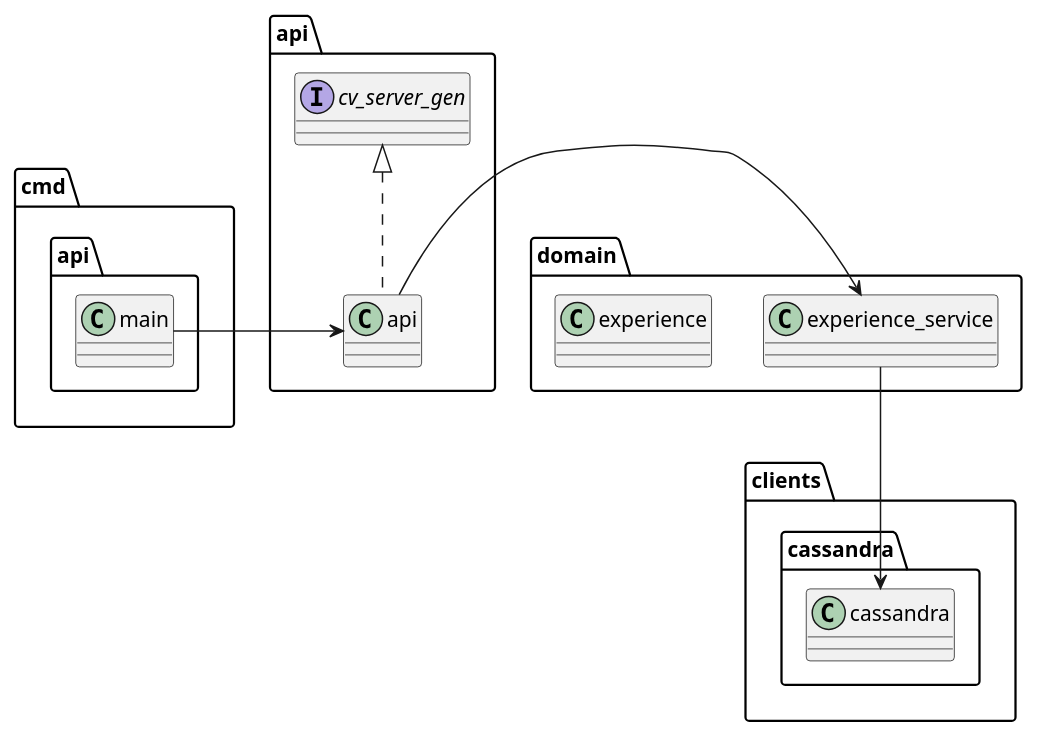
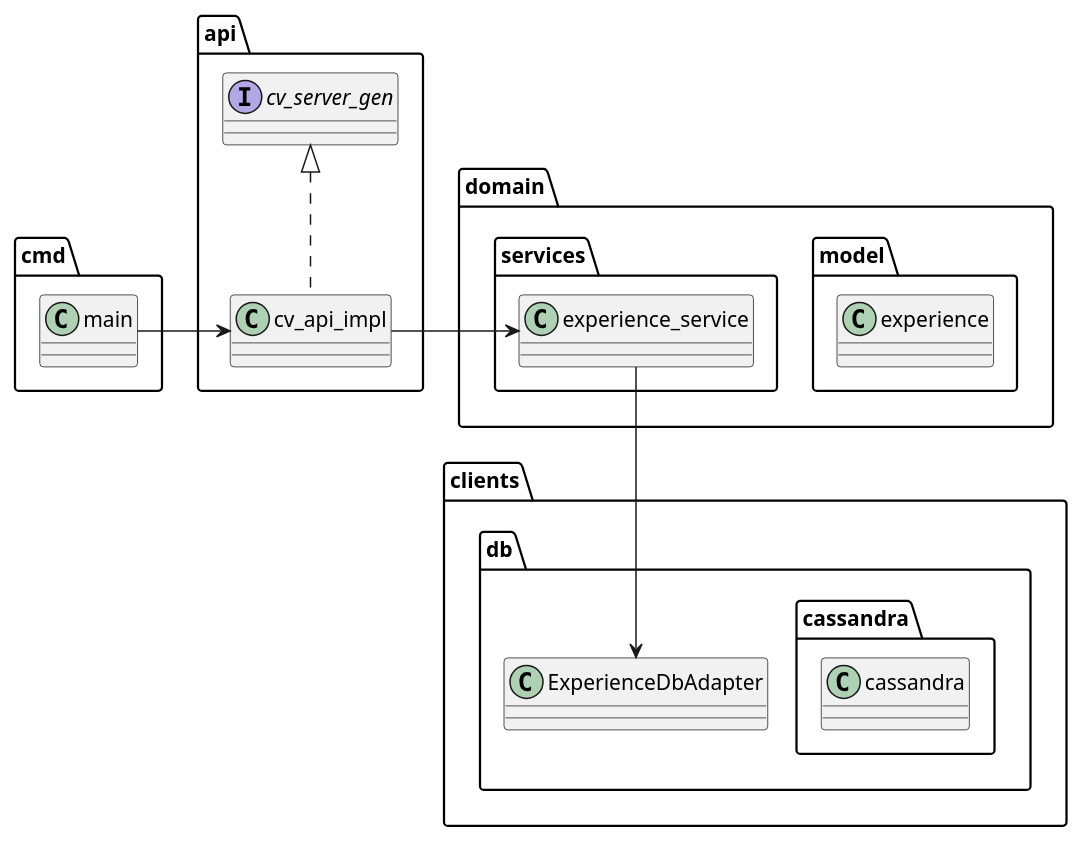
The diagram in documentation/overview.pu (ernstvorsteveld/go-cv-cassandra), drawn with PlantUML before and after one commit. The commit also changed 4 other files, not shown here.

```diff
--- a/documentation/overview.pu
+++ b/documentation/overview.pu
@@ -1,27 +1,38 @@
 @startuml "overview"
 
-package cmd.api {
+package cmd {
     class main
 }
 
 package api {
-    class api implements cv_server_gen
+    class cv_api_impl implements cv_server_gen
 
-    cmd.api.main -> api
+    cmd.main -> cv_api_impl
 }
 
 package domain {
-    class experience
-    class experience_service
 
-    api.api -> experience_service
+    package model {
+        class experience
+    }
+
+    package services {
+        class experience_service
+    }
+
+    api.cv_api_impl -> services.experience_service
 }
 
-package clients.cassandra {
-    class cassandra
+package clients.db {
 
-    domain.experience_service -down-> cassandra
+    class ExperienceDbAdapter
+
+    package cassandra {
+        class cassandra
+    }
+
+    domain.services.experience_service -down-> ExperienceDbAdapter
 }
 
 
 @enduml
```
